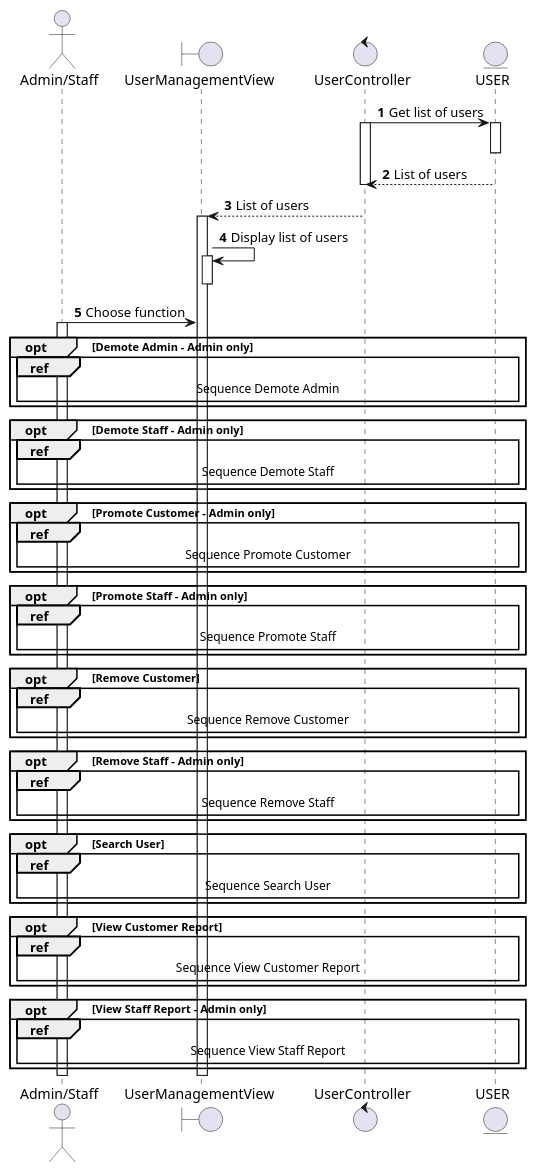
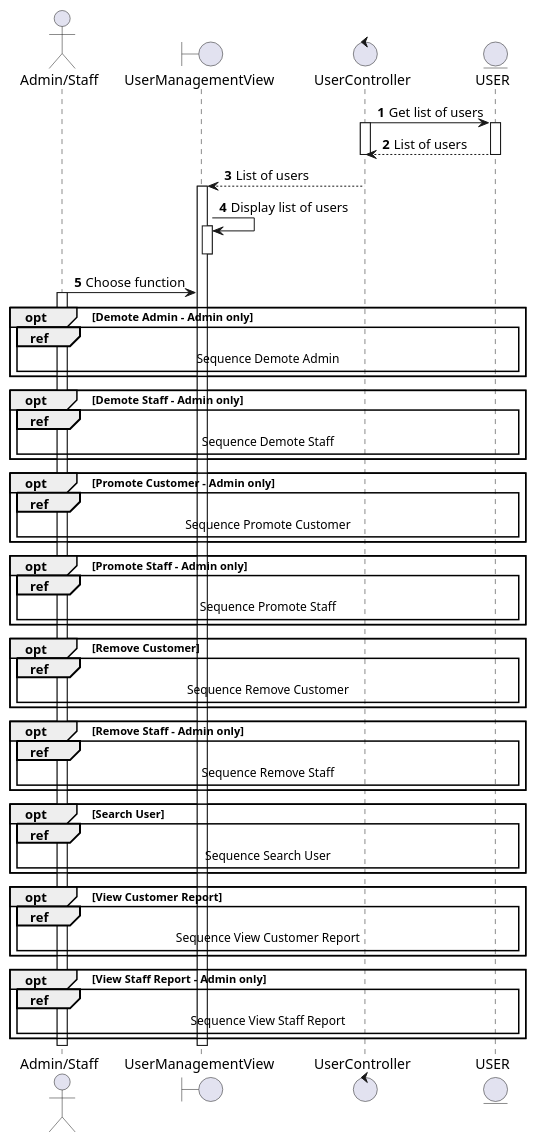
The diagram in docs/docs/sequence/manage-user/manage-user.md (electricilies/electricilies.github.io), drawn with PlantUML before and after one commit. The commit also changed other lines of this file, not shown here.

````diff
--- a/docs/docs/sequence/manage-user/manage-user.md
+++ b/docs/docs/sequence/manage-user/manage-user.md
@@ -3,64 +3,64 @@
 ```plantuml
 @startuml
 autonumber
 
 actor "Admin/Staff" as AS
 boundary UserManagementView as UMV
 control UserController as UC
 entity USER as U
 
 UC -> U: Get list of users
 activate UC
 activate U
+UC <-- U: List of users
 deactivate U
-UC <-- U: List of users
 deactivate UC
 UMV <-- UC: List of users
 activate UMV
 UMV -> UMV: Display list of users
 activate UMV
 deactivate UMV
 AS -> UMV: Choose function
 activate AS
 
 opt Demote Admin - Admin only
   ref over AS, U: Sequence Demote Admin
 end
 
 opt Demote Staff - Admin only
   ref over AS, U: Sequence Demote Staff
 end
 
 opt Promote Customer - Admin only
   ref over AS, U: Sequence Promote Customer
 end
 
 opt Promote Staff - Admin only
   ref over AS, U: Sequence Promote Staff
 end
 
 opt Remove Customer
   ref over AS, U: Sequence Remove Customer
 end
 
 opt Remove Staff - Admin only
   ref over AS, U: Sequence Remove Staff
 end
 
 opt Search User
   ref over AS, U: Sequence Search User
 end
 
 opt View Customer Report
   ref over AS, U: Sequence View Customer Report
 end
 
 opt View Staff Report - Admin only
   ref over AS, U: Sequence View Staff Report
 end
 
 deactivate UMV
 deactivate AS
 
 @enduml
 ```
````
